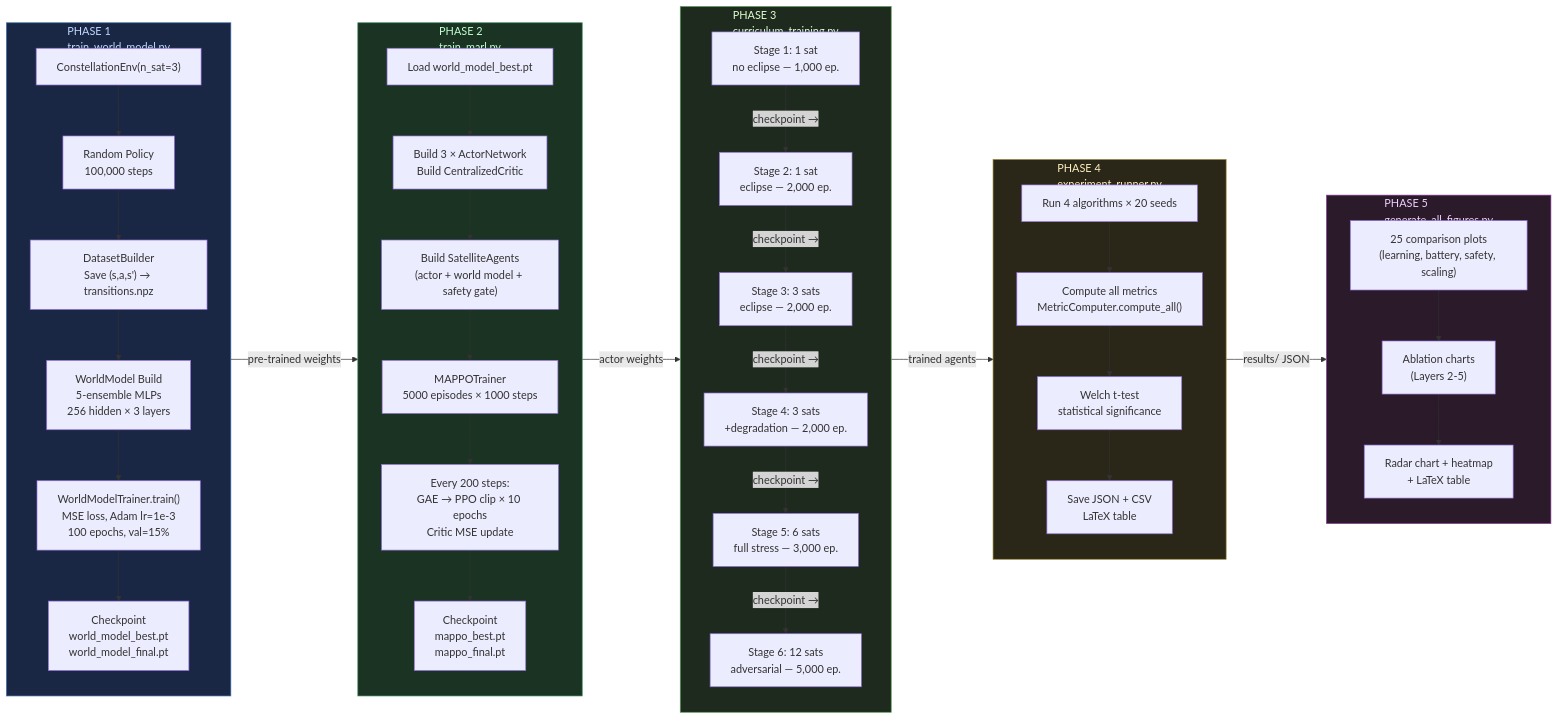
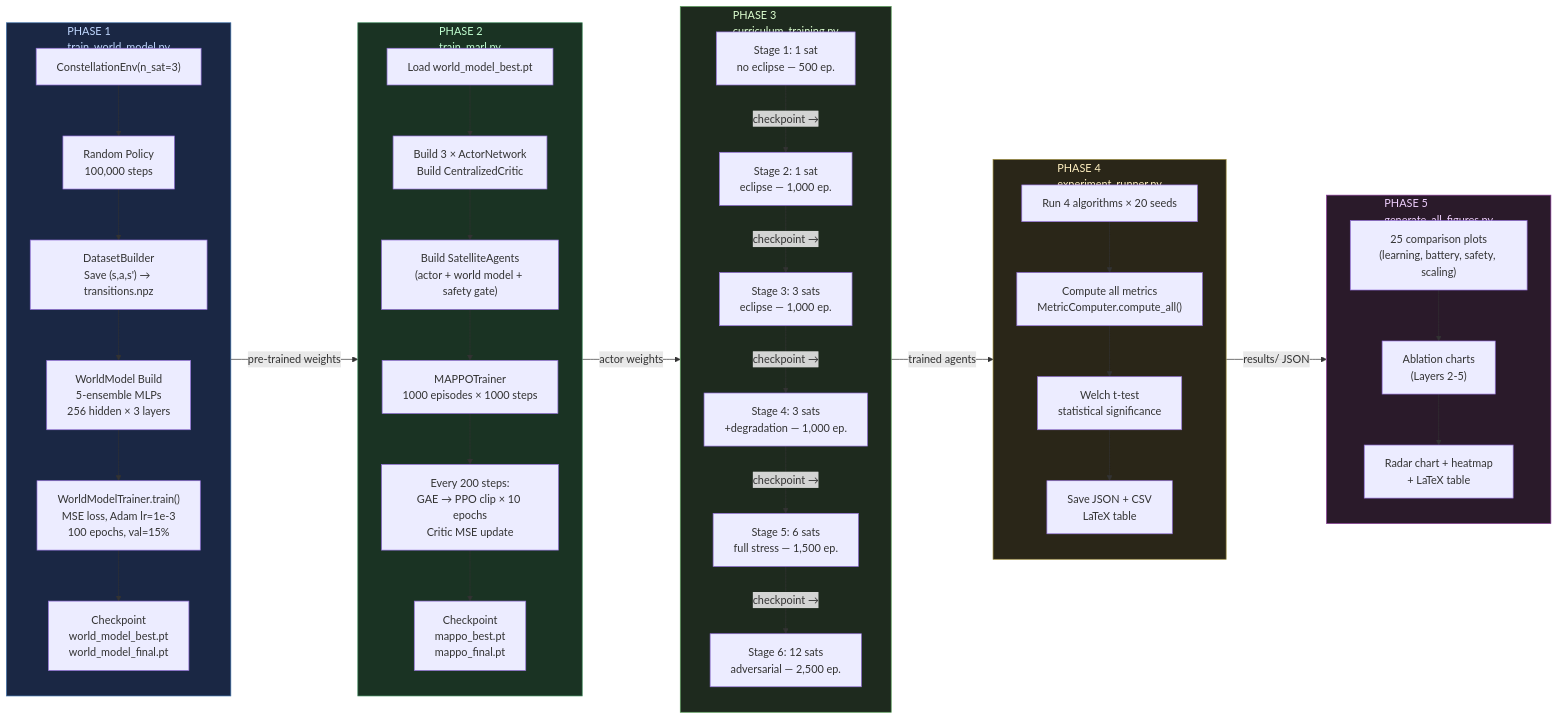
One commit to SandeepCodez24/CASC-RL changed the third of 11 diagrams in CASC_RL_Flowcharts_and_Pipelines.md. Above: the diagram before and after it, drawn with Mermaid. The commit also changed other lines of this file and 4 other files, not shown here.

````diff
--- a/CASC_RL_Flowcharts_and_Pipelines.md
+++ b/CASC_RL_Flowcharts_and_Pipelines.md
@@ -190,63 +190,63 @@
 ```mermaid
 flowchart LR
     subgraph P1["PHASE 1\ntrain_world_model.py"]
         direction TB
         P1A["ConstellationEnv(n_sat=3)"]
         P1B["Random Policy\n100,000 steps"]
         P1C["DatasetBuilder\nSave (s,a,s') → transitions.npz"]
         P1D["WorldModel Build\n5-ensemble MLPs\n256 hidden × 3 layers"]
         P1E["WorldModelTrainer.train()\nMSE loss, Adam lr=1e-3\n100 epochs, val=15%"]
         P1F["Checkpoint\nworld_model_best.pt\nworld_model_final.pt"]
         P1A --> P1B --> P1C --> P1D --> P1E --> P1F
     end
 
     subgraph P2["PHASE 2\ntrain_marl.py"]
         direction TB
         P2A["Load world_model_best.pt"]
         P2B["Build 3 × ActorNetwork\nBuild CentralizedCritic"]
         P2C["Build SatelliteAgents\n(actor + world model + safety gate)"]
-        P2D["MAPPOTrainer\n5000 episodes × 1000 steps"]
+        P2D["MAPPOTrainer\n1000 episodes × 1000 steps"]
         P2E["Every 200 steps:\nGAE → PPO clip × 10 epochs\nCritic MSE update"]
         P2F["Checkpoint\nmappo_best.pt\nmappo_final.pt"]
         P2A --> P2B --> P2C --> P2D --> P2E --> P2F
     end
 
     subgraph P3["PHASE 3\ncurriculum_training.py"]
         direction TB
-        S1["Stage 1: 1 sat\nno eclipse — 1,000 ep."]
-        S2["Stage 2: 1 sat\neclipse — 2,000 ep."]
-        S3["Stage 3: 3 sats\neclipse — 2,000 ep."]
-        S4["Stage 4: 3 sats\n+degradation — 2,000 ep."]
-        S5["Stage 5: 6 sats\nfull stress — 3,000 ep."]
-        S6["Stage 6: 12 sats\nadversarial — 5,000 ep."]
+        S1["Stage 1: 1 sat\nno eclipse — 500 ep."]
+        S2["Stage 2: 1 sat\neclipse — 1,000 ep."]
+        S3["Stage 3: 3 sats\neclipse — 1,000 ep."]
+        S4["Stage 4: 3 sats\n+degradation — 1,000 ep."]
+        S5["Stage 5: 6 sats\nfull stress — 1,500 ep."]
+        S6["Stage 6: 12 sats\nadversarial — 2,500 ep."]
         S1 --"checkpoint →"--> S2 --"checkpoint →"--> S3 --"checkpoint →"--> S4 --"checkpoint →"--> S5 --"checkpoint →"--> S6
     end
 
     subgraph P4["PHASE 4\nexperiment_runner.py"]
         direction TB
         E1["Run 4 algorithms × 20 seeds"]
         E2["Compute all metrics\nMetricComputer.compute_all()"]
         E3["Welch t-test\nstatistical significance"]
         E4["Save JSON + CSV\nLaTeX table"]
         E1 --> E2 --> E3 --> E4
     end
 
     subgraph P5["PHASE 5\ngenerate_all_figures.py"]
         direction TB
         F1["25 comparison plots\n(learning, battery, safety, scaling)"]
         F2["Ablation charts\n(Layers 2-5)"]
         F3["Radar chart + heatmap\n+ LaTeX table"]
         F1 --> F2 --> F3
     end
 
     P1F --"pre-trained weights"--> P2A
     P2F --"actor weights"--> P3
     P3  --"trained agents"--> P4
     P4  --"results/ JSON"--> P5
 
     style P1 fill:#1a2744,stroke:#3d6fa8,color:#c0d8ff
     style P2 fill:#1a3323,stroke:#3d8a5c,color:#c0ffd0
     style P3 fill:#1e2a1e,stroke:#5a9e5a,color:#ddffd0
     style P4 fill:#2a2618,stroke:#9a8a3a,color:#fff0c0
     style P5 fill:#2a1a2a,stroke:#8a3a9a,color:#f0d0ff
 ```
````
